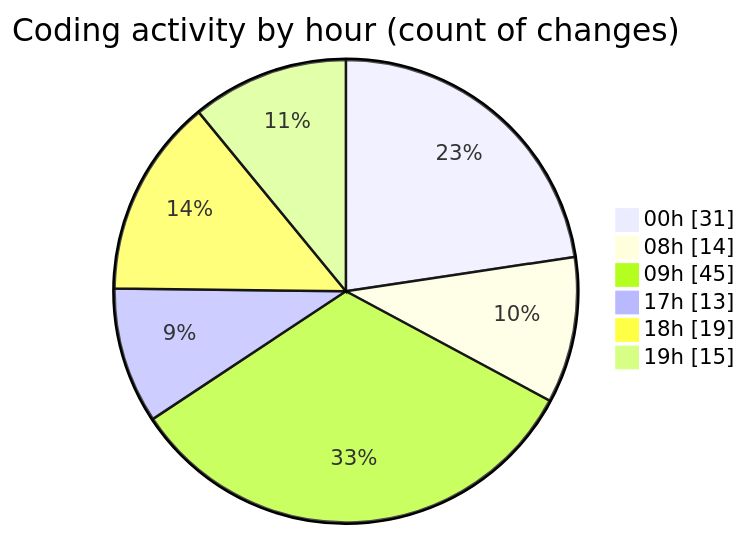
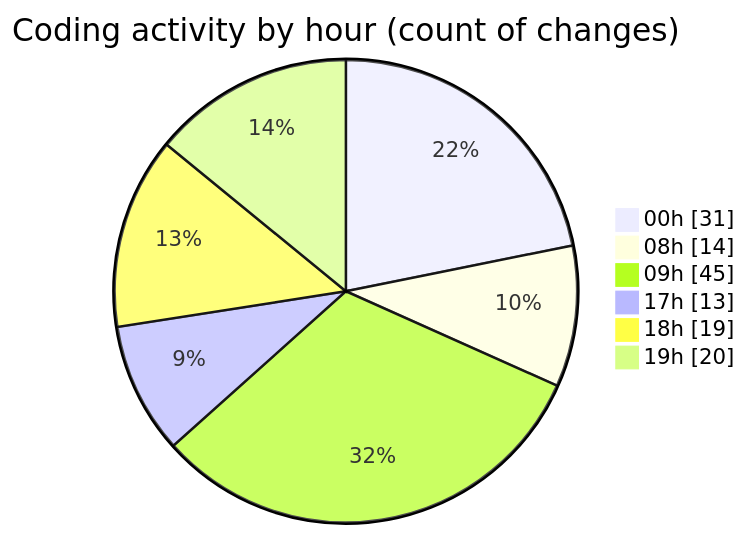
One commit to lephambinh05/code-tracking changed the second of 2 diagrams in 2025-08-03/studybuddy/README.md. Above: the diagram before and after it, drawn with Mermaid. The commit also changed other lines of this file and 1 other file, not shown here.

````diff
--- a/2025-08-03/studybuddy/README.md
+++ b/2025-08-03/studybuddy/README.md
@@ -74,10 +74,10 @@
 ```mermaid
 pie showData
 title Coding activity by hour (count of changes)
 "00h" : 31
 "08h" : 14
 "09h" : 45
 "17h" : 13
 "18h" : 19
-"19h" : 15
+"19h" : 20
 ```
````
